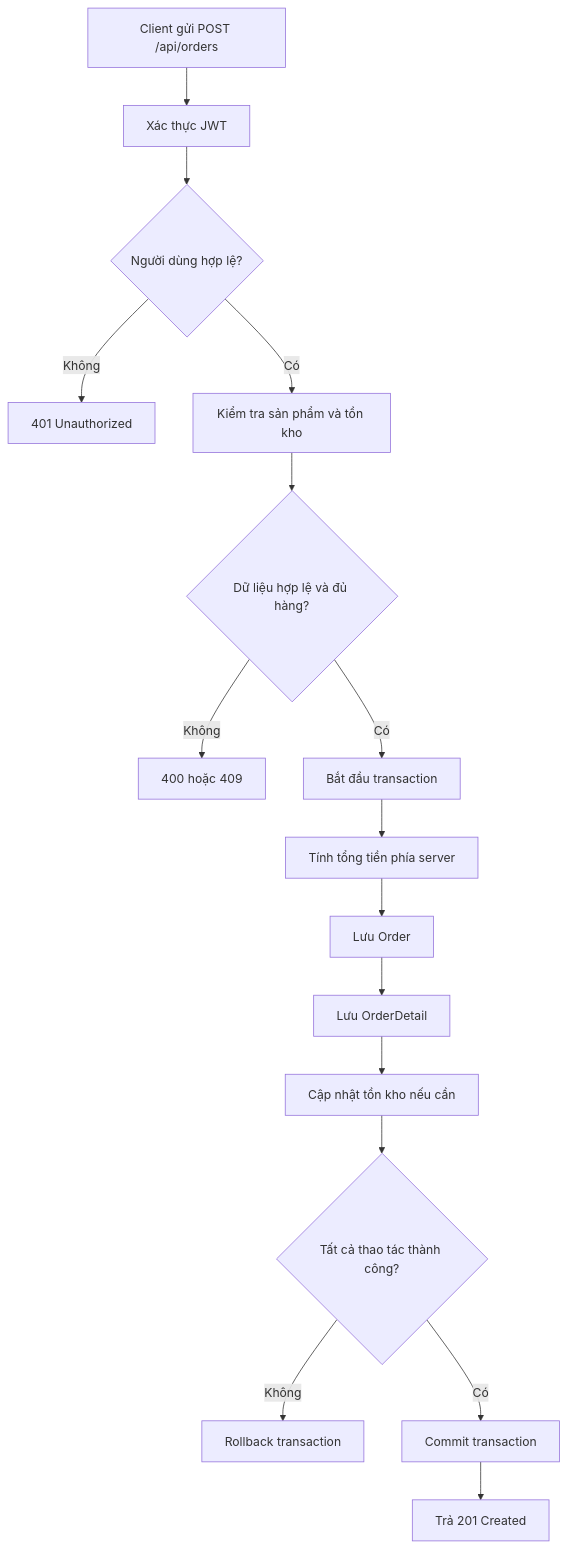
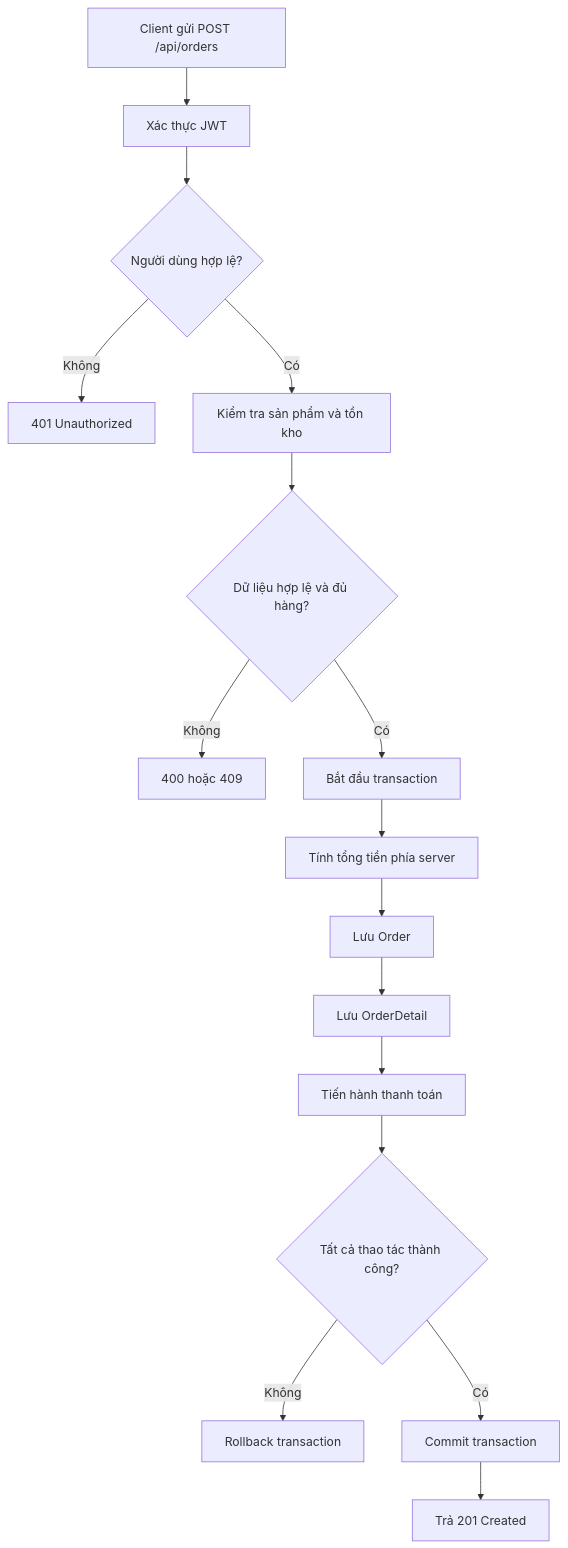
Before and after one commit to DuyKhoiCoder30062004/CNLT-HD-T7: the third of 4 diagrams in README.md, drawn with Mermaid. The commit also changed other lines of this file and 1 other file, not shown here.

Commit message:
docs: add product purchase and payment flow diagrams

````diff
--- a/README.md
+++ b/README.md
@@ -436,18 +454,18 @@
 ```mermaid
 flowchart TD
     A[Client gửi POST /api/orders] --> B[Xác thực JWT]
     B --> C{Người dùng hợp lệ?}
     C -- Không --> D[401 Unauthorized]
     C -- Có --> E[Kiểm tra sản phẩm và tồn kho]
     E --> F{Dữ liệu hợp lệ và đủ hàng?}
     F -- Không --> G[400 hoặc 409]
     F -- Có --> H[Bắt đầu transaction]
     H --> I[Tính tổng tiền phía server]
     I --> J[Lưu Order]
     J --> K[Lưu OrderDetail]
-    K --> L[Cập nhật tồn kho nếu cần]
+    K --> L[Tiến hành thanh toán]
     L --> M{Tất cả thao tác thành công?}
     M -- Không --> N[Rollback transaction]
     M -- Có --> O[Commit transaction]
     O --> P[Trả 201 Created]
 ```
````
